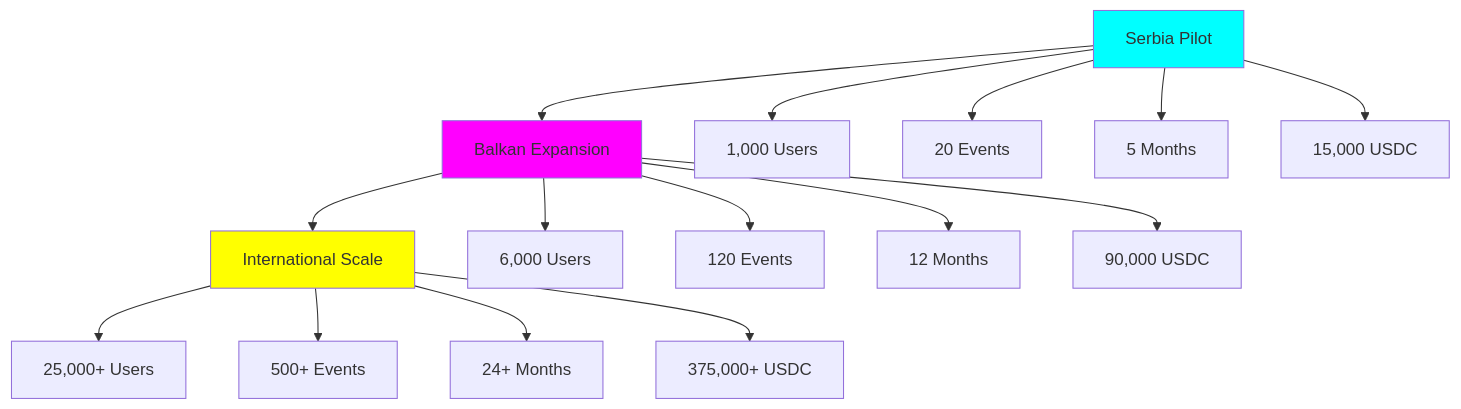
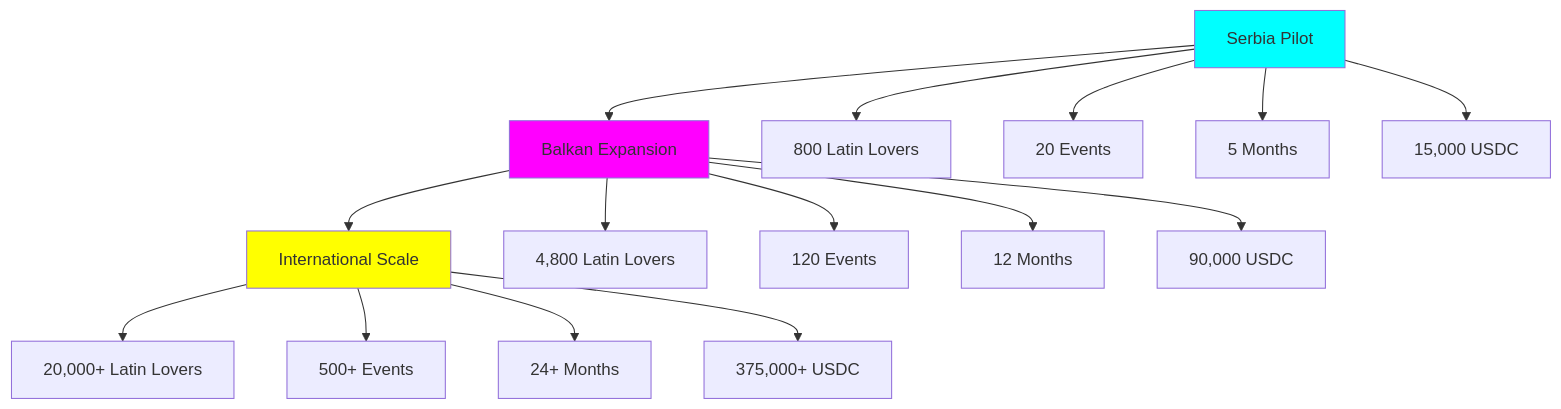
One commit to imrulo/lat.eth changed diagram 11 of 12 in visuals/project-diagrams.md. Above: the diagram before and after it, drawn with Mermaid. The commit also changed other lines of this file and 21 other files, not shown here.

````diff
--- a/visuals/project-diagrams.md
+++ b/visuals/project-diagrams.md
@@ -289,24 +289,24 @@
 ```mermaid
 graph TD
     A[Serbia Pilot] --> B[Balkan Expansion]
     B --> C[International Scale]
     
-    A --> A1[1,000 Users]
+    A --> A1[800 Latin Lovers]
     A --> A2[20 Events]
     A --> A3[5 Months]
     A --> A4[15,000 USDC]
     
-    B --> B1[6,000 Users]
+    B --> B1[4,800 Latin Lovers]
     B --> B2[120 Events]
     B --> B3[12 Months]
     B --> B4[90,000 USDC]
     
-    C --> C1[25,000+ Users]
+    C --> C1[20,000+ Latin Lovers]
     C --> C2[500+ Events]
     C --> C3[24+ Months]
     C --> C4[375,000+ USDC]
     
     style A fill:#00ffff
     style B fill:#ff00ff
     style C fill:#ffff00
 ```
````
